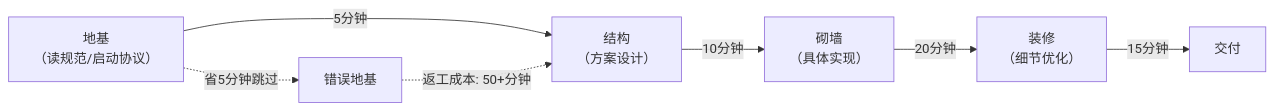
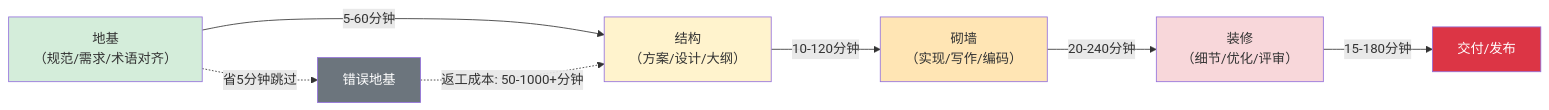
One commit to xinetzone/SpecWeave changed the diagram in docs/retrospective/patterns/methodology-patterns/governance-strategy/nonlinear-correction-cost.md. Above: the diagram before and after it, drawn with Mermaid. The commit also changed other lines of this file and 9 other files, not shown here.

````diff
--- a/docs/retrospective/patterns/methodology-patterns/governance-strategy/nonlinear-correction-cost.md
+++ b/docs/retrospective/patterns/methodology-patterns/governance-strategy/nonlinear-correction-cost.md
@@ -35,9 +82,15 @@
 ```mermaid
 graph LR
-    A["地基<br/>（读规范/启动协议）"] -->|"5分钟"| B["结构<br/>（方案设计）"]
-    B -->|"10分钟"| C["砌墙<br/>（具体实现）"]
-    C -->|"20分钟"| D["装修<br/>（细节优化）"]
-    D -->|"15分钟"| E["交付"]
+    A["地基<br/>（规范/需求/术语对齐）"] -->|"5-60分钟"| B["结构<br/>（方案/设计/大纲）"]
+    B -->|"10-120分钟"| C["砌墙<br/>（实现/写作/编码）"]
+    C -->|"20-240分钟"| D["装修<br/>（细节/优化/评审）"]
+    D -->|"15-180分钟"| E["交付/发布"]
     A -.->|"省5分钟跳过"| X["错误地基"]
-    X -.->|"返工成本: 50+分钟"| B
+    X -.->|"返工成本: 50-1000+分钟"| B
+    style A fill:#D4EDDA
+    style B fill:#FFF3CD
+    style C fill:#FFE5B4
+    style D fill:#F8D7DA
+    style E fill:#DC3545,color:white
+    style X fill:#6C757D,color:white
 ```
````
